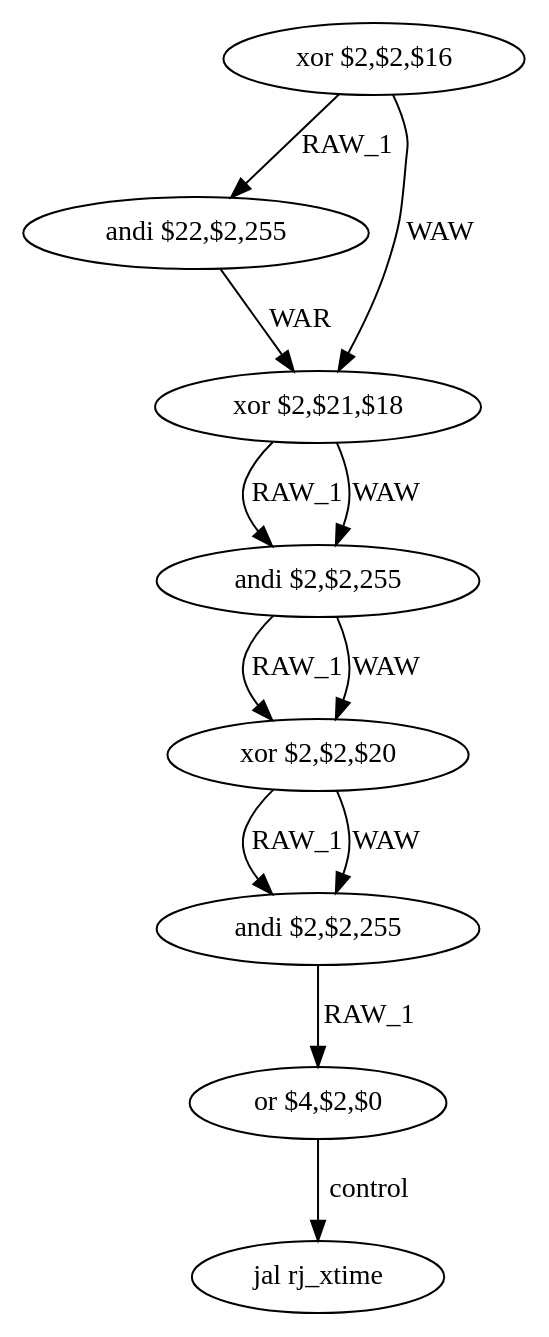
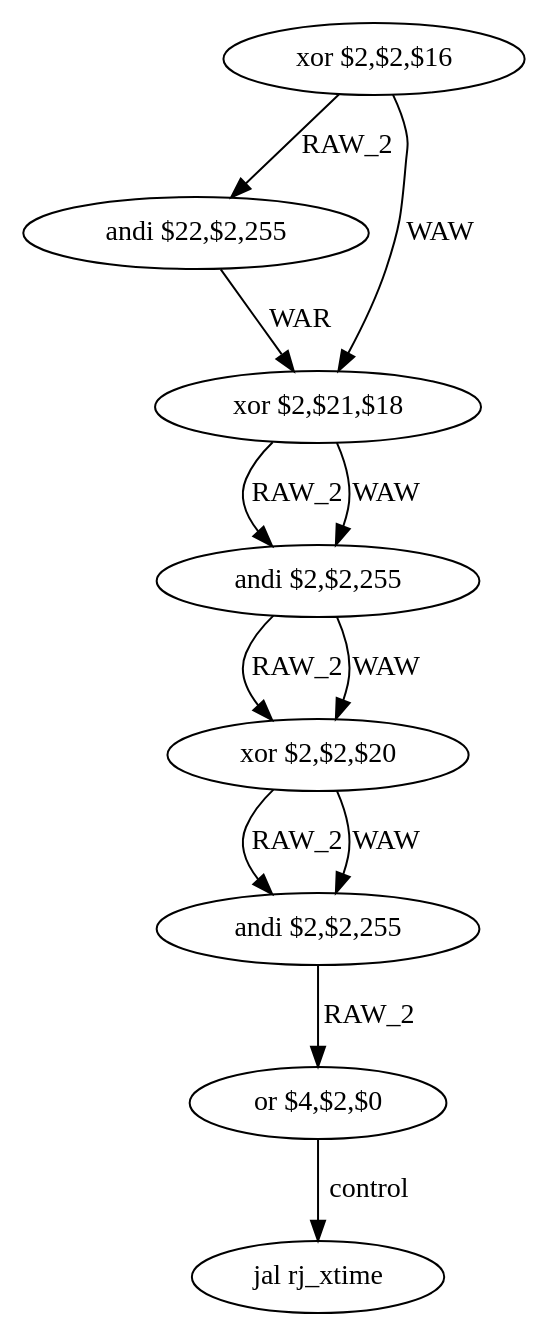
One commit to Shaolans/CA_CFG_ASM changed the diagram in CodeEtudiant/tmp/_func_8_dfg_bb4.dot. Above: the diagram before and after it, drawn with Graphviz. The commit also changed 145 other files, not shown here.

```diff
--- a/CodeEtudiant/tmp/_func_8_dfg_bb4.dot
+++ b/CodeEtudiant/tmp/_func_8_dfg_bb4.dot
@@ -1,22 +1,22 @@
 digraph G1 {
 node [shape = ellipse];
 i0 [label = "xor $2,$2,$16"] ;
-i0 ->  i1 [label= "RAW_1"];
+i0 ->  i1 [label= "RAW_2"];
 i0 ->  i2 [label= "WAW"];
 i1 [label = "andi $22,$2,255"] ;
 i1 ->  i2 [label= "WAR"];
 i2 [label = "xor $2,$21,$18"] ;
-i2 ->  i3 [label= "RAW_1"];
+i2 ->  i3 [label= "RAW_2"];
 i2 ->  i3 [label= "WAW"];
 i3 [label = "andi $2,$2,255"] ;
-i3 ->  i4 [label= "RAW_1"];
+i3 ->  i4 [label= "RAW_2"];
 i3 ->  i4 [label= "WAW"];
 i4 [label = "xor $2,$2,$20"] ;
-i4 ->  i5 [label= "RAW_1"];
+i4 ->  i5 [label= "RAW_2"];
 i4 ->  i5 [label= "WAW"];
 i5 [label = "andi $2,$2,255"] ;
-i5 ->  i6 [label= "RAW_1"];
+i5 ->  i6 [label= "RAW_2"];
 i6 [label = "or $4,$2,$0"] ;
 i6 ->  i7 [label= "control"];
 i7 [label = "jal rj_xtime"] ;
 }
```
